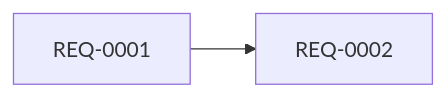
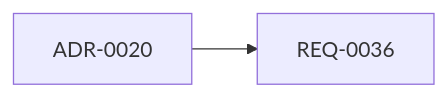
The diagram in docs/04-wbs/wbs.md (Raiku-Setoyama/pod-admin), drawn with Mermaid before and after one commit. The commit also changed other lines of this file and 6 other files, not shown here.

````diff
--- a/docs/04-wbs/wbs.md
+++ b/docs/04-wbs/wbs.md
@@ -21,4 +26,4 @@
 ```mermaid
 graph LR
-  REQ-0001 --> REQ-0002
+  ADR-0020 --> REQ-0036
 ```
````
